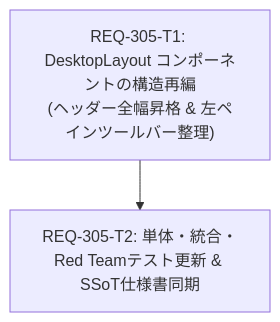
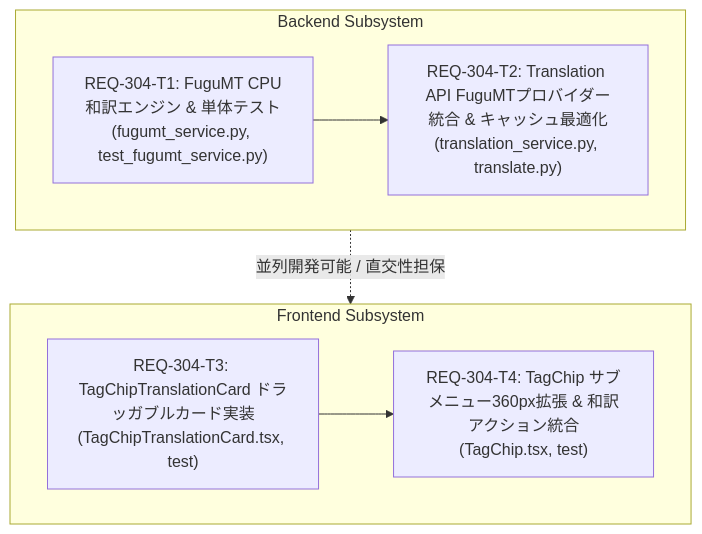
One commit to TAKE4548/comfy-create-helper2 changed the diagram in implementation_plan.md. Above: the diagram before and after it, drawn with Mermaid. The commit also changed other lines of this file and 19 other files, not shown here.

````diff
--- a/implementation_plan.md
+++ b/implementation_plan.md
@@ -52,7 +93,16 @@
 ```mermaid
 graph TD
-    REQ-305-T1["REQ-305-T1: DesktopLayout コンポーネントの構造再編<br/>(ヘッダー全幅昇格 & 左ペインツールバー整理)"]
-    REQ-305-T2["REQ-305-T2: 単体・統合・Red Teamテスト更新 & SSoT仕様書同期"]
+    subgraph Backend [Backend Subsystem]
+        REQ-304-T1["REQ-304-T1: FuguMT CPU和訳エンジン & 単体テスト<br/>(fugumt_service.py, test_fugumt_service.py)"]
+        REQ-304-T2["REQ-304-T2: Translation API FuguMTプロバイダー統合 & キャッシュ最適化<br/>(translation_service.py, translate.py)"]
+        REQ-304-T1 --> REQ-304-T2
+    end
 
-    REQ-305-T1 --> REQ-305-T2
+    subgraph Frontend [Frontend Subsystem]
+        REQ-304-T3["REQ-304-T3: TagChipTranslationCard ドラッガブルカード実装<br/>(TagChipTranslationCard.tsx, test)"]
+        REQ-304-T4["REQ-304-T4: TagChip サブメニュー360px拡張 & 和訳アクション統合<br/>(TagChip.tsx, test)"]
+        REQ-304-T3 --> REQ-304-T4
+    end
+
+    Backend -.->|並列開発可能 / 直交性担保| Frontend
 ```
````
